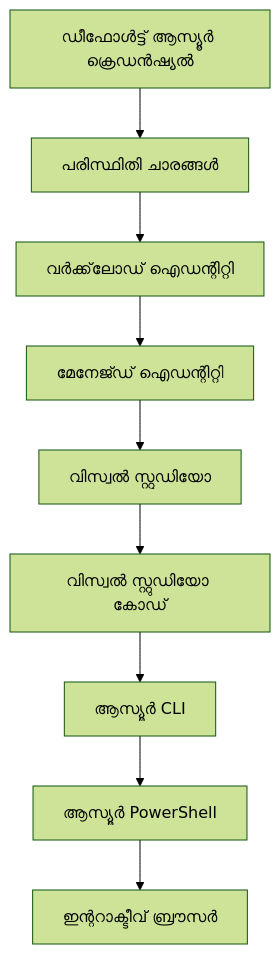
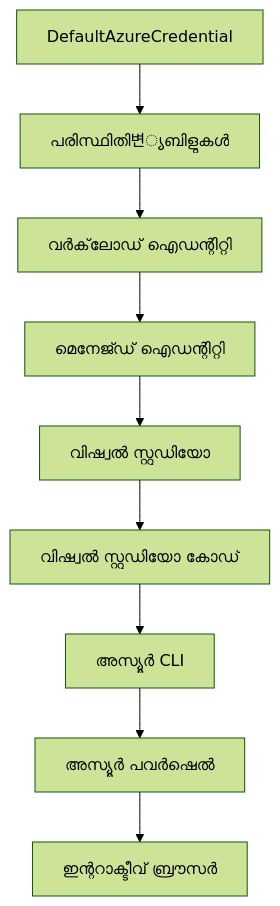
One commit to microsoft/AZD-for-beginners changed the second of 2 diagrams in translations/ml/docs/chapter-01-foundation/azd-basics.md. Above: the diagram before and after it, drawn with Mermaid (forest theme). The commit also changed other lines of this file and 102 other files, not shown here.

````diff
--- a/translations/ml/docs/chapter-01-foundation/azd-basics.md
+++ b/translations/ml/docs/chapter-01-foundation/azd-basics.md
@@ -557,11 +591,11 @@
 ```mermaid
 graph TD
-    A[ഡീഫോൾട്ട് ആസ്യൂർ ക്രെഡൻഷ്യൽ] --> B[പരിസ്ഥിതി ചാരങ്ങൾ]
-    B --> C[വർക്ക്‌ലോഡ് ഐഡന്റിറ്റി]
-    C --> D[മേനേജ്ഡ് ഐഡന്റിറ്റി]
-    D --> E[വിസ്വൽ സ്റ്റുഡിയോ]
-    E --> F[വിസ്വൽ സ്റ്റുഡിയോ കോഡ്]
-    F --> G[ആസ്യൂർ CLI]
-    G --> H[ആസ്യൂർ PowerShell]
+    A[DefaultAzureCredential] --> B[പരിസ്ഥിതി변്യബിളുകൾ]
+    B --> C[വർക്‌ലോഡ് ഐഡന്റിറ്റി]
+    C --> D[മെനേജ്ഡ് ഐഡന്റിറ്റി]
+    D --> E[വിഷ്വൽ സ്റ്റുഡിയോ]
+    E --> F[വിഷ്വൽ സ്റ്റുഡിയോ കോഡ്]
+    F --> G[അസ്യൂർ CLI]
+    G --> H[അസ്യൂർ പവർഷെൽ]
     H --> I[ഇന്ററാക്ടീവ് ബ്രൗസർ]
 ```
````
